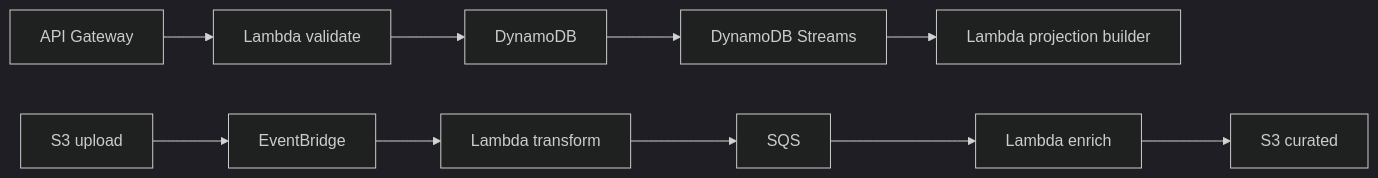
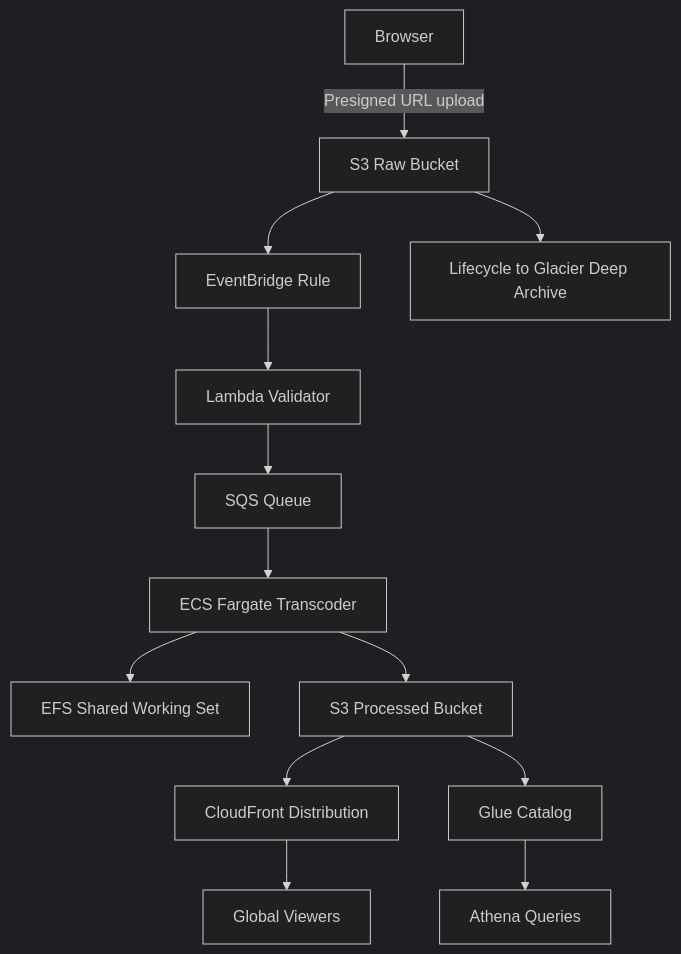
Diagram 19 of 22 in docs/unit1/topic4.md (norbutlepcha25/dso303), drawn with Mermaid (dark theme) before and after one commit. The commit also changed other lines of this file and 945 other files, not shown here.

````diff
--- a/docs/unit1/topic4.md
+++ b/docs/unit1/topic4.md
@@ -1535,12 +1416,15 @@
 ```mermaid
-flowchart LR
-    A["S3 upload"] --> B["EventBridge"]
-    C["API Gateway"] --> D["Lambda validate"]
-    B --> E["Lambda transform"]
-    D --> F["DynamoDB"]
-    F --> G["DynamoDB Streams"]
-    G --> H["Lambda projection builder"]
-    E --> I["SQS"]
-    I --> J["Lambda enrich"]
-    J --> K["S3 curated"]
+graph TD
+    U["Browser"] -->|"Presigned URL upload"| S3R["S3 Raw Bucket"]
+    S3R --> EB["EventBridge Rule"]
+    EB --> L1["Lambda Validator"]
+    L1 --> SQ["SQS Queue"]
+    SQ --> ECS["ECS Fargate Transcoder"]
+    ECS --> EFS["EFS Shared Working Set"]
+    ECS --> S3P["S3 Processed Bucket"]
+    S3P --> CFD["CloudFront Distribution"]
+    CFD --> U2["Global Viewers"]
+    S3P --> GLU["Glue Catalog"]
+    GLU --> ATH["Athena Queries"]
+    S3R --> LC["Lifecycle to Glacier Deep Archive"]
 ```
````
